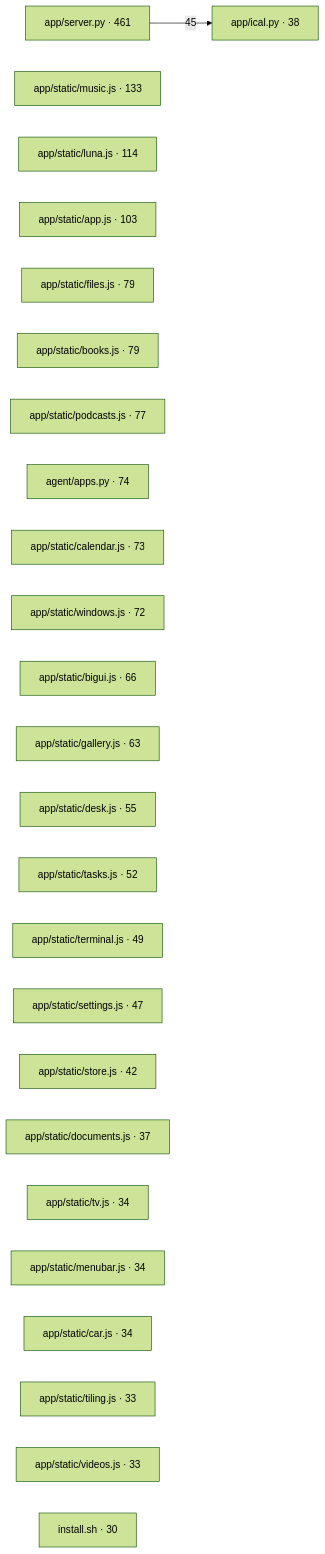
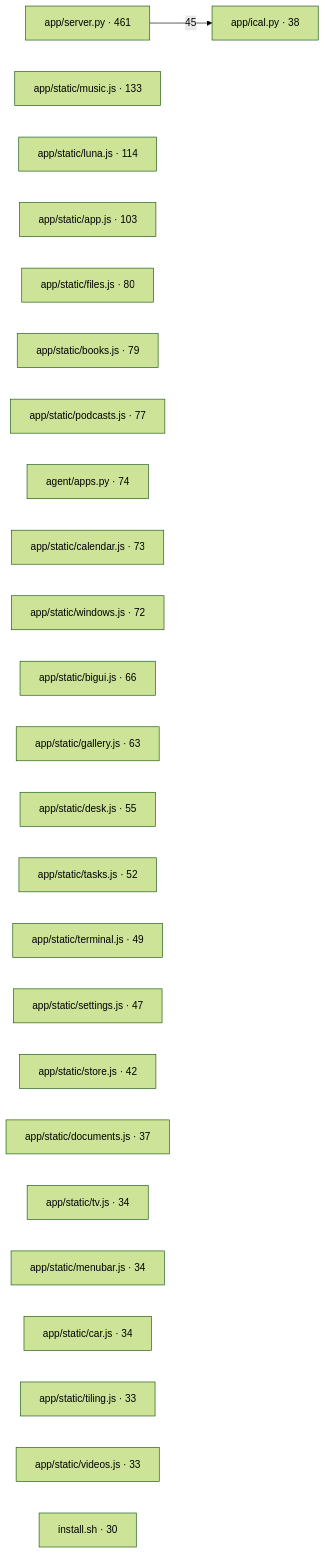
The first of 2 diagrams in CODEMAP.md (spaceadler/adlerOS), drawn with Mermaid (forest theme) before and after one commit. The commit also changed other lines of this file, not shown here.

````diff
--- a/CODEMAP.md
+++ b/CODEMAP.md
@@ -11,29 +11,29 @@
 ```mermaid
 flowchart LR
     n_app_server_py["app/server.py · 461"]
     n_app_static_music_js["app/static/music.js · 133"]
     n_app_static_luna_js["app/static/luna.js · 114"]
     n_app_static_app_js["app/static/app.js · 103"]
-    n_app_static_files_js["app/static/files.js · 79"]
+    n_app_static_files_js["app/static/files.js · 80"]
     n_app_static_books_js["app/static/books.js · 79"]
     n_app_static_podcasts_js["app/static/podcasts.js · 77"]
     n_agent_apps_py["agent/apps.py · 74"]
     n_app_static_calendar_js["app/static/calendar.js · 73"]
     n_app_static_windows_js["app/static/windows.js · 72"]
     n_app_static_bigui_js["app/static/bigui.js · 66"]
     n_app_static_gallery_js["app/static/gallery.js · 63"]
     n_app_static_desk_js["app/static/desk.js · 55"]
     n_app_static_tasks_js["app/static/tasks.js · 52"]
     n_app_static_terminal_js["app/static/terminal.js · 49"]
     n_app_static_settings_js["app/static/settings.js · 47"]
     n_app_static_store_js["app/static/store.js · 42"]
     n_app_ical_py["app/ical.py · 38"]
     n_app_static_documents_js["app/static/documents.js · 37"]
     n_app_static_tv_js["app/static/tv.js · 34"]
     n_app_static_menubar_js["app/static/menubar.js · 34"]
     n_app_static_car_js["app/static/car.js · 34"]
     n_app_static_tiling_js["app/static/tiling.js · 33"]
     n_app_static_videos_js["app/static/videos.js · 33"]
     n_install_sh["install.sh · 30"]
     n_app_server_py -->|45| n_app_ical_py
 ```
````
